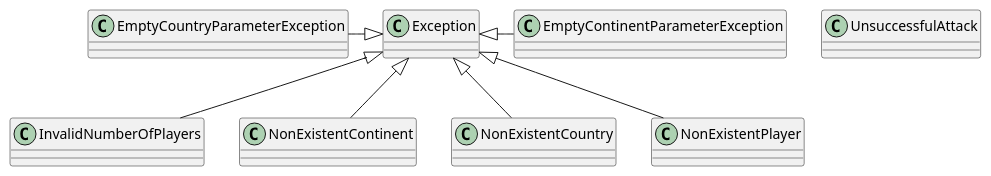
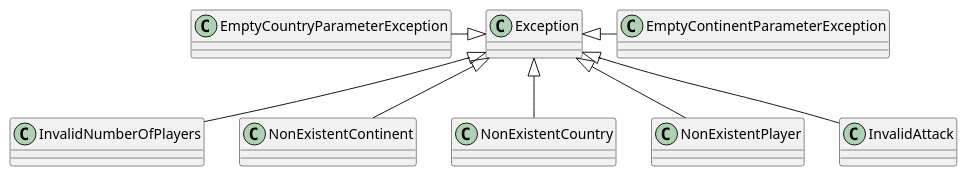
Before and after one commit to NahuelNGomez/TEG: the diagram in src/main/java/edu/fiuba/algo3/documentation/Exceptions.puml, drawn with PlantUML. The commit also changed 2 other files, not shown here.

Commit message:
Diagrams update

```diff
--- a/src/main/java/edu/fiuba/algo3/documentation/Exceptions.puml
+++ b/src/main/java/edu/fiuba/algo3/documentation/Exceptions.puml
@@ -1,34 +1,35 @@
 @startuml
 
 class Exception {
 }
 
 class EmptyContinentParameterException{
 }
 
 class EmptyCountryParameterException{
 }
 
 class InvalidNumberOfPlayers{
 }
 
 class NonExistentContinent{
 }
 
 class NonExistentCountry{
 }
 
 class NonExistentPlayer{
 }
 
-class UnsuccessfulAttack{
+class InvalidAttack{
 }
 
 Exception <|--right EmptyContinentParameterException
 Exception <|--left EmptyCountryParameterException
 Exception <|-- InvalidNumberOfPlayers
 Exception <|-- NonExistentContinent
 Exception <|-- NonExistentCountry
 Exception <|-- NonExistentPlayer
+Exception <|-- InvalidAttack
 
 @enduml
```
